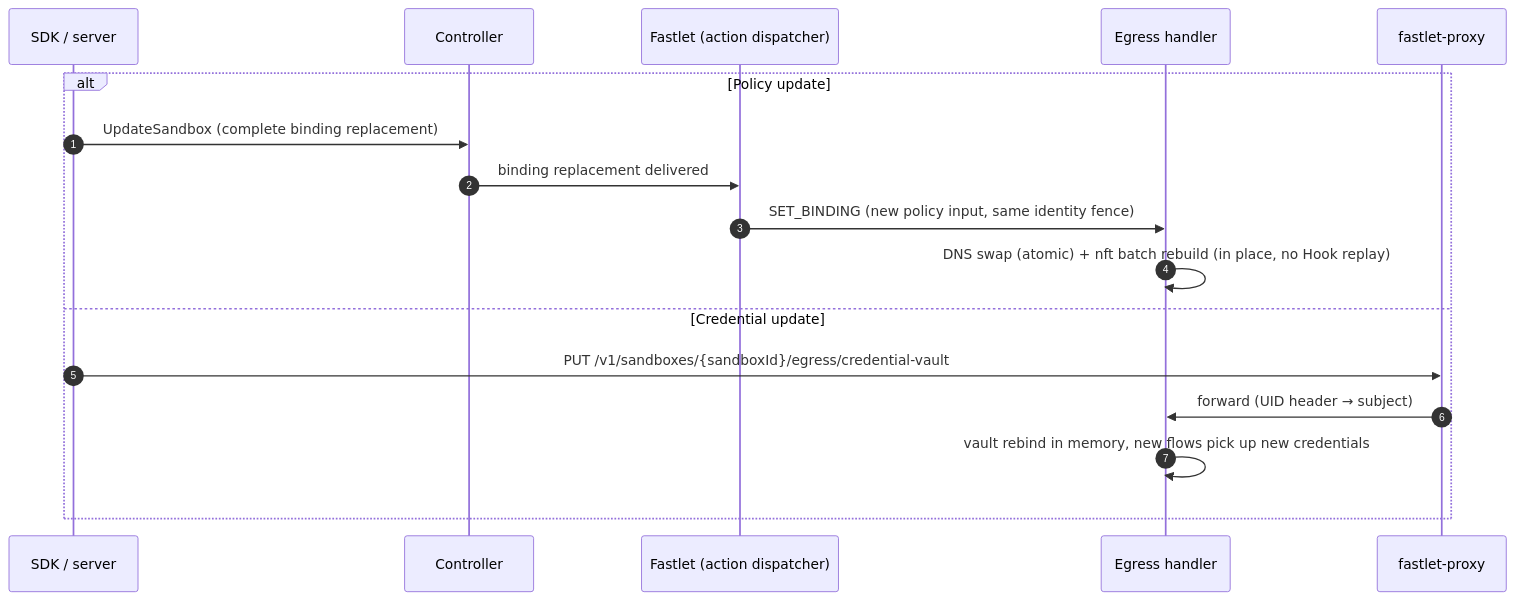
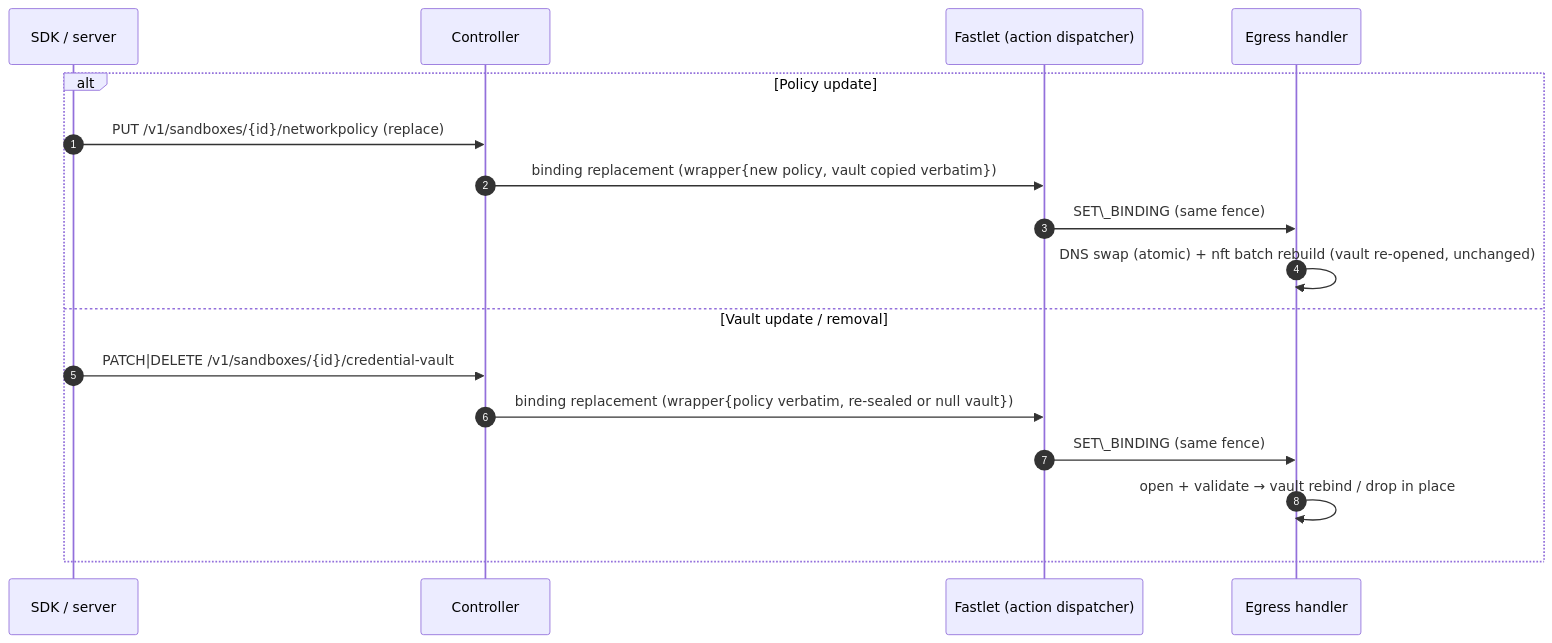
One commit to Pangjiping/OpenSandbox changed the second of 2 diagrams in oseps/0022-multi-sandbox-egress-control-plane.md. Above: the diagram before and after it, drawn with Mermaid. The commit also changed other lines of this file, not shown here.

First line of the commit message:
docs(oseps): carry the credential vault in the binding as a sealed revision

````diff
--- a/oseps/0022-multi-sandbox-egress-control-plane.md
+++ b/oseps/0022-multi-sandbox-egress-control-plane.md
@@ -160,20 +232,20 @@
 ```mermaid
 sequenceDiagram
     autonumber
     participant U as SDK / server
     participant C as Controller
     participant F as Fastlet (action dispatcher)
     participant E as Egress handler
-    participant P as fastlet-proxy
 
     alt Policy update
-        U->>C: UpdateSandbox (complete binding replacement)
-        C->>F: binding replacement delivered
-        F->>E: SET_BINDING (new policy input, same identity fence)
-        E->>E: DNS swap (atomic) + nft batch rebuild (in place, no Hook replay)
-    else Credential update
-        U->>P: PUT /v1/sandboxes/{sandboxId}/egress/credential-vault
-        P->>E: forward (UID header → subject)
-        E->>E: vault rebind in memory, new flows pick up new credentials
+        U->>C: PUT /v1/sandboxes/{id}/networkpolicy (replace)
+        C->>F: binding replacement (wrapper{new policy, vault copied verbatim})
+        F->>E: SET\_BINDING (same fence)
+        E->>E: DNS swap (atomic) + nft batch rebuild (vault re-opened, unchanged)
+    else Vault update / removal
+        U->>C: PATCH|DELETE /v1/sandboxes/{id}/credential-vault
+        C->>F: binding replacement (wrapper{policy verbatim, re-sealed or null vault})
+        F->>E: SET\_BINDING (same fence)
+        E->>E: open + validate → vault rebind / drop in place
     end
 ```
````
